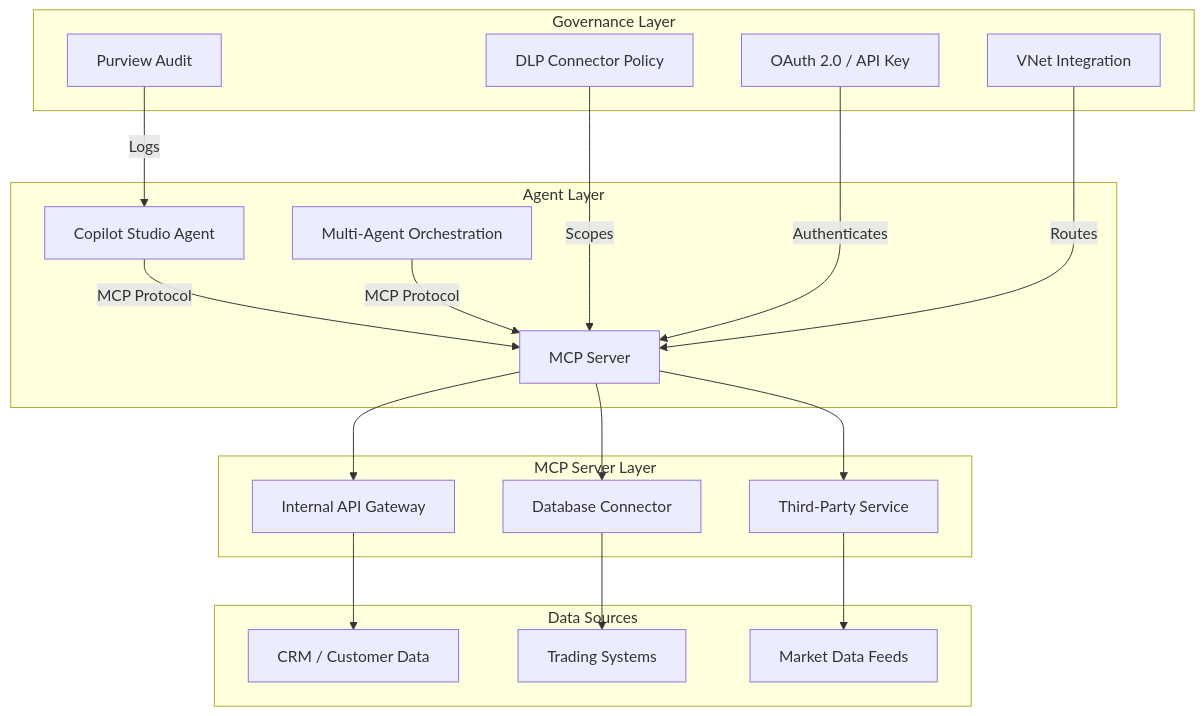
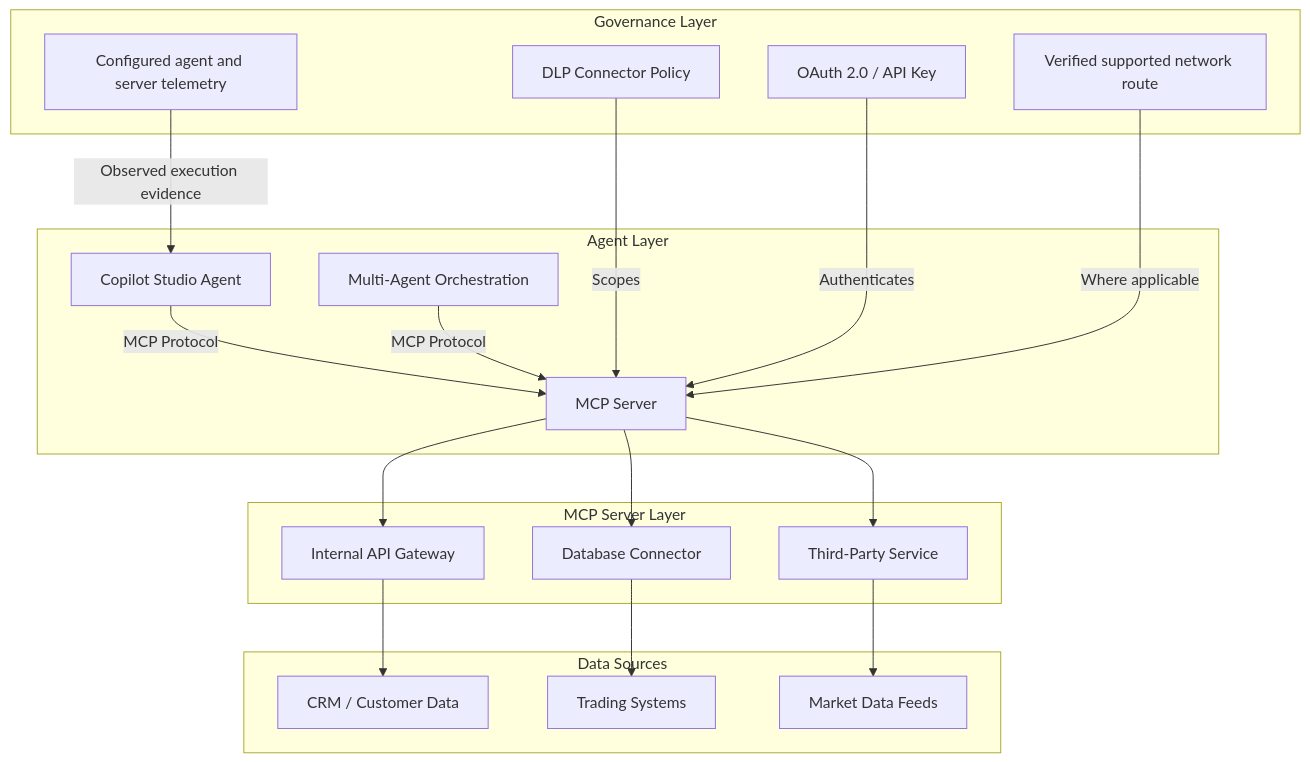
Before and after one commit to judeper/FSI-AgentGov: the first of 2 diagrams in docs/playbooks/advanced-implementations/mcp-server-governance/index.md, drawn with Mermaid. The commit also changed other lines of this file and 27 other files, not shown here.

````diff
--- a/docs/playbooks/advanced-implementations/mcp-server-governance/index.md
+++ b/docs/playbooks/advanced-implementations/mcp-server-governance/index.md
@@ -72,26 +76,26 @@
 ```mermaid
 flowchart TB
     subgraph "Agent Layer"
         A[Copilot Studio Agent] -->|MCP Protocol| B[MCP Server]
         C[Multi-Agent Orchestration] -->|MCP Protocol| B
     end
 
     subgraph "MCP Server Layer"
         B --> D[Internal API Gateway]
         B --> E[Database Connector]
         B --> F[Third-Party Service]
     end
 
     subgraph "Governance Layer"
         G[DLP Connector Policy] -->|Scopes| B
         H[OAuth 2.0 / API Key] -->|Authenticates| B
-        I[VNet Integration] -->|Routes| B
-        J[Purview Audit] -->|Logs| A
+        I[Verified supported network route] -->|Where applicable| B
+        J[Configured agent and server telemetry] -->|Observed execution evidence| A
     end
 
     subgraph "Data Sources"
         D --> K[CRM / Customer Data]
         E --> L[Trading Systems]
         F --> M[Market Data Feeds]
     end
 ```
````
